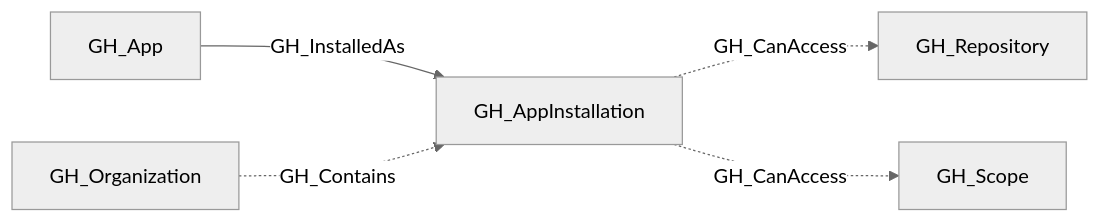
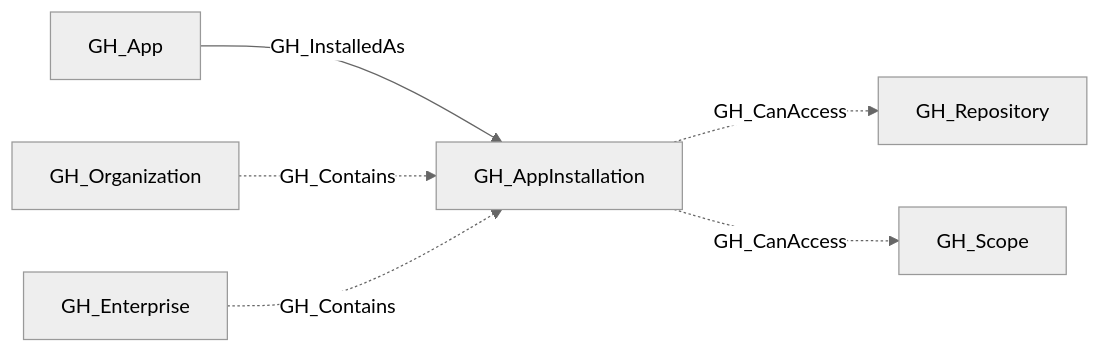
Before and after one commit to SpecterOps/openhound-github: the diagram in descriptions/nodes/GH_AppInstallation.md, drawn with Mermaid (neutral theme). The commit also changed other lines of this file and 12 other files, not shown here.

````diff
--- a/descriptions/nodes/GH_AppInstallation.md
+++ b/descriptions/nodes/GH_AppInstallation.md
@@ -40,12 +45,14 @@
 ```mermaid
 graph LR
     n0["GH_App"]
     n1["GH_AppInstallation"]
     n2["GH_Repository"]
     n3["GH_Scope"]
     n4["GH_Organization"]
     n0 -->|GH_InstalledAs| n1
     n1 -.->|GH_CanAccess| n2
     n1 -.->|GH_CanAccess| n3
     n4 -.->|GH_Contains| n1
+    n5["GH_Enterprise"]
+    n5 -.->|GH_Contains| n1
 ```
````
